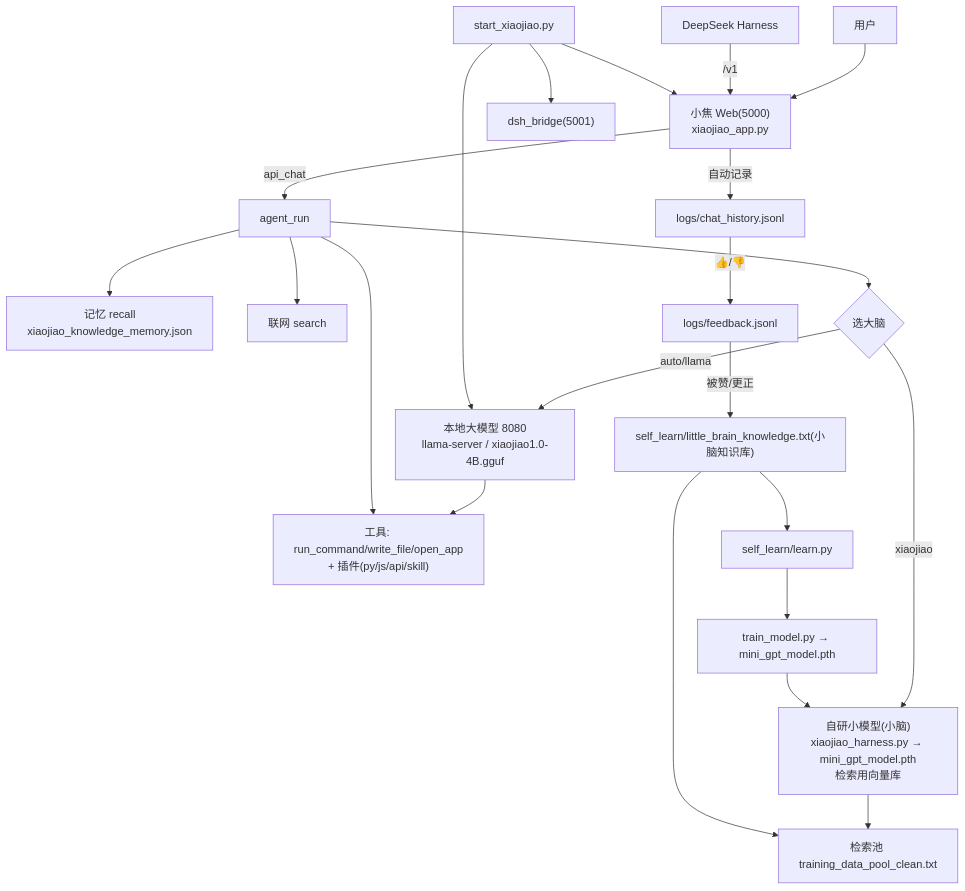
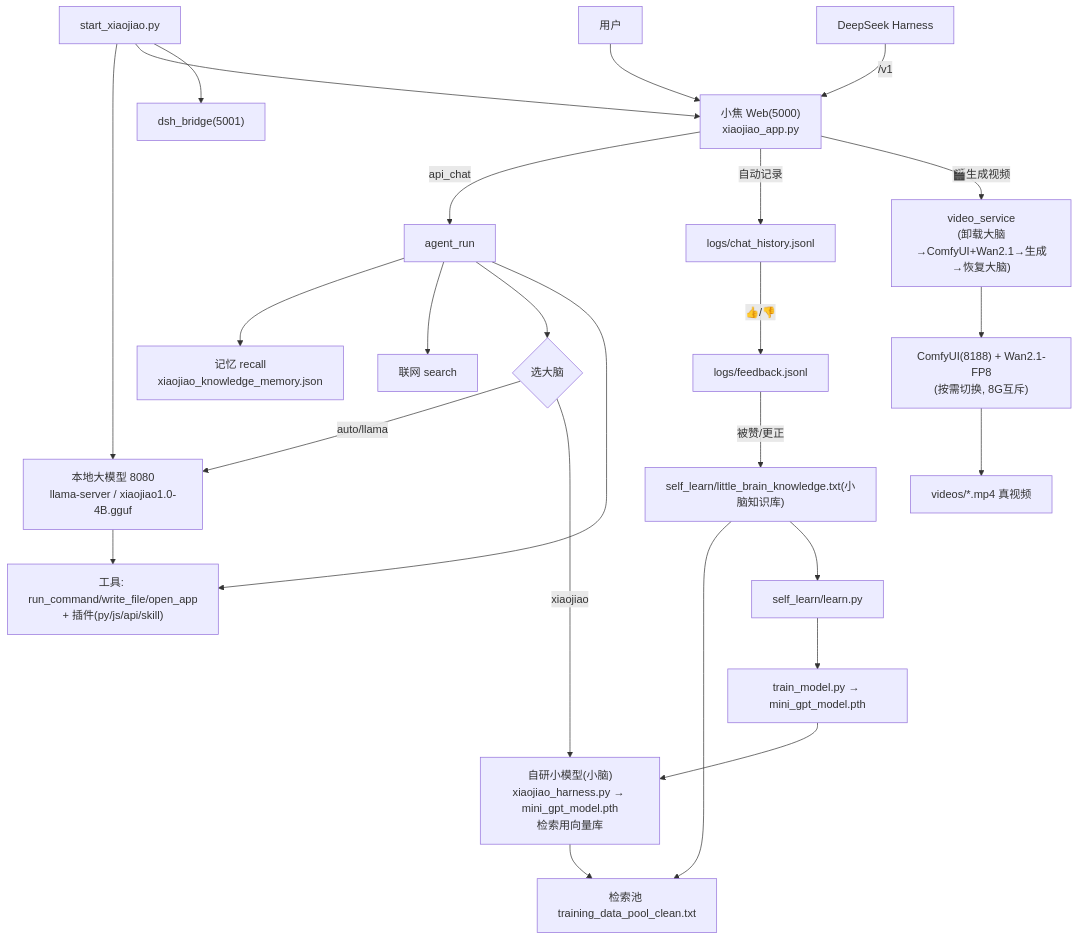
The fifth of 5 diagrams in README.md (jiangchuangege/xiaojiao-harness), drawn with Mermaid before and after one commit. The commit also changed other lines of this file and 1 other file, not shown here.

Commit message:
docs: 架构图/调用图加真视频video_service节点+architecture.md加视频切换段+README功能表加🎬真视频(全文档更新到最新)

````diff
--- a/README.md
+++ b/README.md
@@ -481,24 +483,27 @@
 ```mermaid
 flowchart TD
     U["用户"] --> W["小焦 Web(5000)<br/>xiaojiao_app.py"]
     DSH["DeepSeek Harness"] -->|/v1| W
     W -->|api_chat| A["agent_run"]
     A --> M["记忆 recall<br/>xiaojiao_knowledge_memory.json"]
     A --> S["联网 search"]
     A --> C{"选大脑"}
     C -->|auto/llama| BIG["本地大模型 8080<br/>llama-server / xiaojiao1.0-4B.gguf"]
     C -->|xiaojiao| SMALL["自研小模型(小脑)<br/>xiaojiao_harness.py → mini_gpt_model.pth<br/>检索用向量库"]
     BIG --> TOOLS["工具: run_command/write_file/open_app<br/>+ 插件(py/js/api/skill)"]
     A --> TOOLS
     SMALL --> RET["检索池 training_data_pool_clean.txt"]
     W -->|自动记录| LOG["logs/chat_history.jsonl"]
     LOG -->|👍/👎| FB["logs/feedback.jsonl"]
     FB -->|被赞/更正| KNOW["self_learn/little_brain_knowledge.txt(小脑知识库)"]
     KNOW --> RET
     KNOW --> T2["self_learn/learn.py"]
     T2 --> TRAIN["train_model.py → mini_gpt_model.pth"]
     TRAIN --> SMALL
     ST["start_xiaojiao.py"] --> BIG
     ST --> W
     ST --> BR["dsh_bridge(5001)"]
+    W -->|🎬生成视频| VID["video_service<br/>(卸载大脑→ComfyUI+Wan2.1→生成→恢复大脑)"]
+    VID --> COMFY["ComfyUI(8188) + Wan2.1-FP8<br/>(按需切换, 8G互斥)"]
+    COMFY --> OUTV["videos/*.mp4 真视频"]
 ```
````
